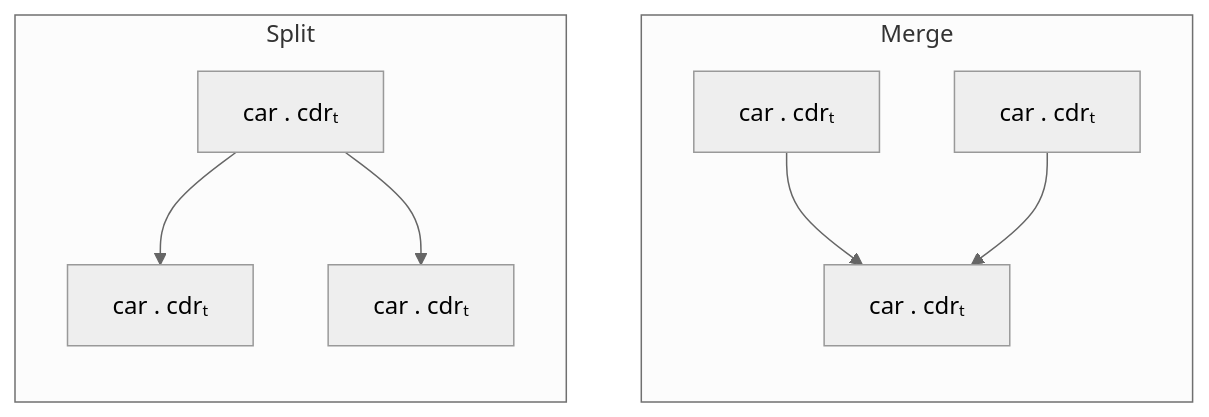
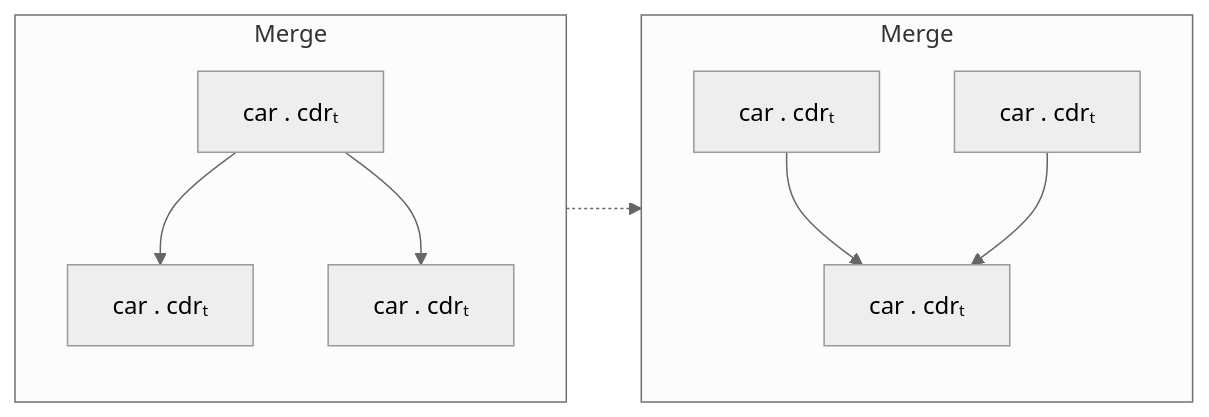
The diagram in slides/papers/stak-scheme/merge.mmd (raviqqe/doc), drawn with Mermaid (neutral theme) before and after one commit.

```diff
--- a/slides/papers/stak-scheme/merge.mmd
+++ b/slides/papers/stak-scheme/merge.mmd
@@ -1,16 +1,16 @@
 flowchart LR
-  subgraph s0[Split]
+  subgraph s0[Merge]
     direction TB
 
     c0[car . cdrₜ] --> c1[car . cdrₜ]
     c0 --> c2[car . cdrₜ]
   end
 
-  s0 ~~~ s1
+  s0 -.-> s1
 
   subgraph s1[Merge]
     direction TB
 
     c3[car . cdrₜ] --> c5[car . cdrₜ]
     c4[car . cdrₜ] --> c5
   end
```
